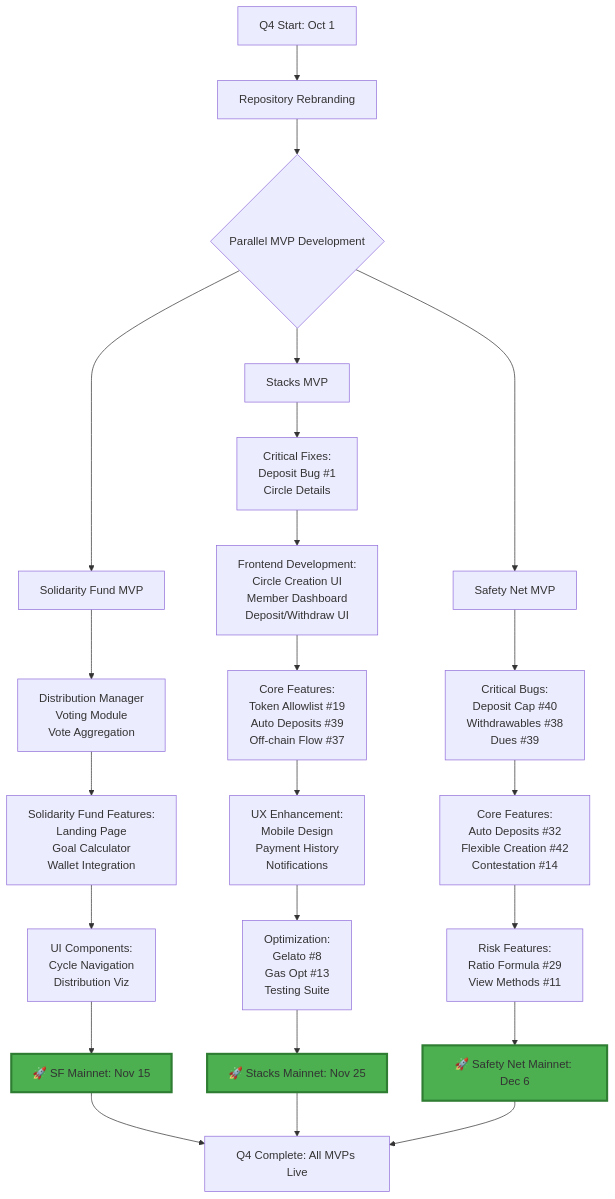
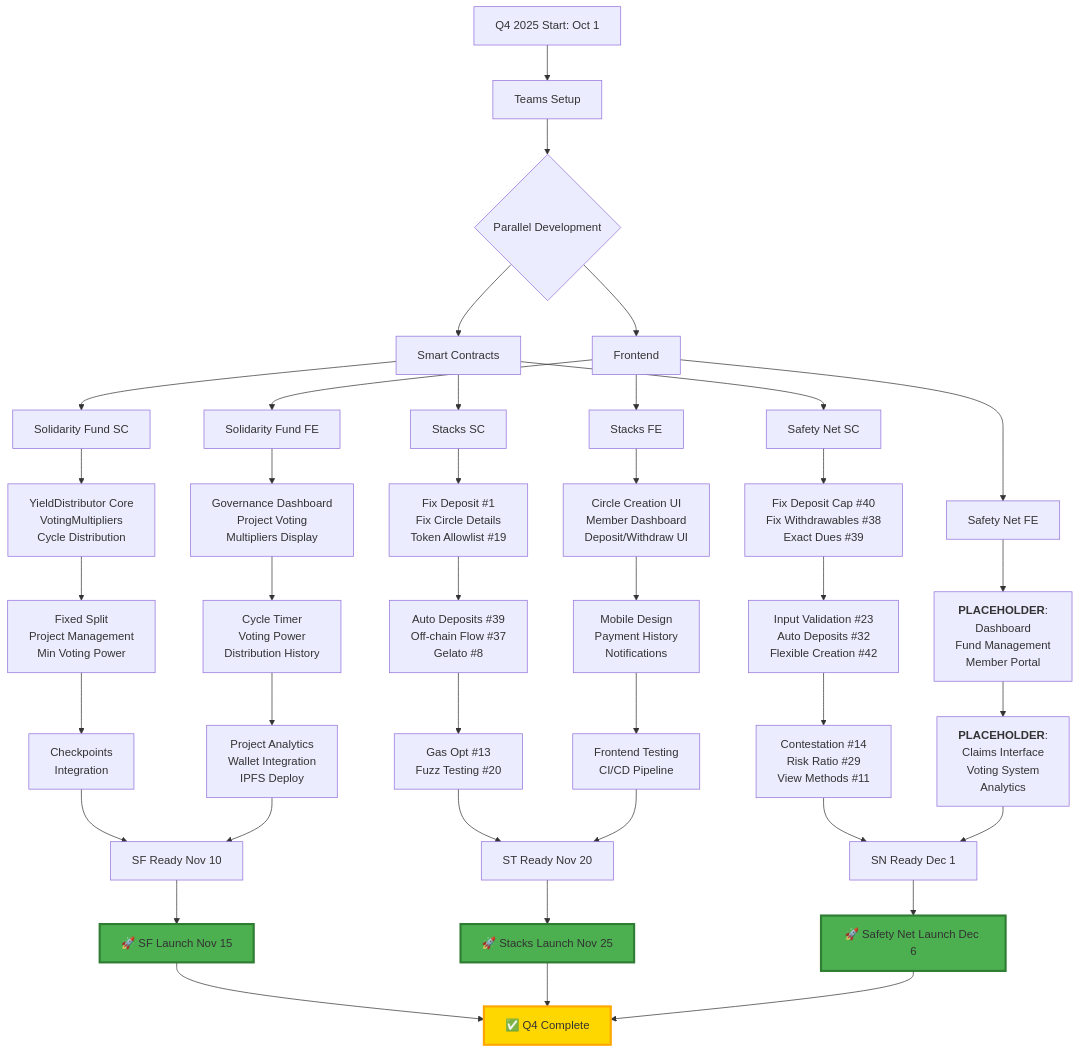
One commit to BreadchainCoop/shared-quartz changed the third of 3 diagrams in solidarity-primitives/q4-2025-solidarity-primitives-mvp-gitgraph.md. Above: the diagram before and after it, drawn with Mermaid. The commit also changed other lines of this file and 1 other file, not shown here.

Commit message:
Synchronize Gantt chart, gitgraph, and flowchart for Q4 development
- Enhanced Gantt chart with all 6 parallel tracks clearly labeled
- Added Frontend track (Track 3) with full timeline:
  * Package fixes, dependency updates (Oct 1-7)
  * Web3 integration (Oct 8-22)
  * State management, UI components (Oct 15-Nov 5)
  * Dashboard development (Nov 1-22)
  * Mobile optimization (Nov 22-Dec 6)
  * Final UI polish (Dec 6-20)
- Added comprehensive flowchart showing parallel track dependencies
- Color-coded tracks for visual clarity
- Ensured all three visualizations are synchronized
- Added task IDs to Gantt chart for better tracking

````diff
--- a/solidarity-primitives/q4-2025-solidarity-primitives-mvp-gitgraph.md
+++ b/solidarity-primitives/q4-2025-solidarity-primitives-mvp-gitgraph.md
@@ -160,34 +164,60 @@
 ```mermaid
 flowchart TD
-    A[Q4 Start: Oct 1] --> B[Repository Rebranding]
-    B --> C{Parallel MVP Development}
+    A[Q4 2025 Start: Oct 1] --> B[Teams Setup]
+    B --> C{Parallel Development}
 
-    C --> D[Solidarity Fund MVP]
-    C --> E[Stacks MVP]
-    C --> F[Safety Net MVP]
+    C --> SC[Smart Contracts]
+    C --> FE[Frontend]
 
-    D --> D1[Distribution Manager<br/>Voting Module<br/>Vote Aggregation]
-    D1 --> D2[Solidarity Fund Features:<br/>Landing Page<br/>Goal Calculator<br/>Wallet Integration]
-    D2 --> D3[UI Components:<br/>Cycle Navigation<br/>Distribution Viz]
-    D3 --> D4[🚀 SF Mainnet: Nov 15]
+    SC --> SF-SC[Solidarity Fund SC]
+    SC --> ST-SC[Stacks SC]
+    SC --> SN-SC[Safety Net SC]
 
-    E --> E1[Critical Fixes:<br/>Deposit Bug #1<br/>Circle Details]
-    E1 --> E2[Frontend Development:<br/>Circle Creation UI<br/>Member Dashboard<br/>Deposit/Withdraw UI]
-    E2 --> E3[Core Features:<br/>Token Allowlist #19<br/>Auto Deposits #39<br/>Off-chain Flow #37]
-    E3 --> E4[UX Enhancement:<br/>Mobile Design<br/>Payment History<br/>Notifications]
-    E4 --> E5[Optimization:<br/>Gelato #8<br/>Gas Opt #13<br/>Testing Suite]
-    E5 --> E6[🚀 Stacks Mainnet: Nov 25]
+    FE --> SF-FE[Solidarity Fund FE]
+    FE --> ST-FE[Stacks FE]
+    FE --> SN-FE[Safety Net FE]
 
-    F --> F1[Critical Bugs:<br/>Deposit Cap #40<br/>Withdrawables #38<br/>Dues #39]
-    F1 --> F2[Core Features:<br/>Auto Deposits #32<br/>Flexible Creation #42<br/>Contestation #14]
-    F2 --> F3[Risk Features:<br/>Ratio Formula #29<br/>View Methods #11]
-    F3 --> F4[🚀 Safety Net Mainnet: Dec 6]
+    SF-SC --> SFC1[YieldDistributor Core<br/>VotingMultipliers<br/>Cycle Distribution]
+    SFC1 --> SFC2[Fixed Split<br/>Project Management<br/>Min Voting Power]
+    SFC2 --> SFC3[Checkpoints<br/>Integration]
 
-    D4 --> H[Q4 Complete: All MVPs Live]
-    E6 --> H
-    F4 --> H
+    SF-FE --> SFF1[Governance Dashboard<br/>Project Voting<br/>Multipliers Display]
+    SFF1 --> SFF2[Cycle Timer<br/>Voting Power<br/>Distribution History]
+    SFF2 --> SFF3[Project Analytics<br/>Wallet Integration<br/>IPFS Deploy]
 
-    style D4 fill:#4CAF50,stroke:#2E7D32,stroke-width:3px
-    style E6 fill:#4CAF50,stroke:#2E7D32,stroke-width:3px
-    style F4 fill:#4CAF50,stroke:#2E7D32,stroke-width:3px
+    SFC3 --> SF-READY[SF Ready Nov 10]
+    SFF3 --> SF-READY
+    SF-READY --> SF-LAUNCH[🚀 SF Launch Nov 15]
+
+    ST-SC --> STC1[Fix Deposit #1<br/>Fix Circle Details<br/>Token Allowlist #19]
+    STC1 --> STC2[Auto Deposits #39<br/>Off-chain Flow #37<br/>Gelato #8]
+    STC2 --> STC3[Gas Opt #13<br/>Fuzz Testing #20]
+
+    ST-FE --> STF1[Circle Creation UI<br/>Member Dashboard<br/>Deposit/Withdraw UI]
+    STF1 --> STF2[Mobile Design<br/>Payment History<br/>Notifications]
+    STF2 --> STF3[Frontend Testing<br/>CI/CD Pipeline]
+
+    STC3 --> ST-READY[ST Ready Nov 20]
+    STF3 --> ST-READY
+    ST-READY --> ST-LAUNCH[🚀 Stacks Launch Nov 25]
+
+    SN-SC --> SNC1[Fix Deposit Cap #40<br/>Fix Withdrawables #38<br/>Exact Dues #39]
+    SNC1 --> SNC2[Input Validation #23<br/>Auto Deposits #32<br/>Flexible Creation #42]
+    SNC2 --> SNC3[Contestation #14<br/>Risk Ratio #29<br/>View Methods #11]
+
+    SN-FE --> SNF1[<b>PLACEHOLDER</b>:<br/>Dashboard<br/>Fund Management<br/>Member Portal]
+    SNF1 --> SNF2[<b>PLACEHOLDER</b>:<br/>Claims Interface<br/>Voting System<br/>Analytics]
+
+    SNC3 --> SN-READY[SN Ready Dec 1]
+    SNF2 --> SN-READY
+    SN-READY --> SN-LAUNCH[🚀 Safety Net Launch Dec 6]
+
+    SF-LAUNCH --> COMPLETE[✅ Q4 Complete]
+    ST-LAUNCH --> COMPLETE
+    SN-LAUNCH --> COMPLETE
+
+    style SF-LAUNCH fill:#4CAF50,stroke:#2E7D32,stroke-width:3px
+    style ST-LAUNCH fill:#4CAF50,stroke:#2E7D32,stroke-width:3px
+    style SN-LAUNCH fill:#4CAF50,stroke:#2E7D32,stroke-width:3px
+    style COMPLETE fill:#FFD700,stroke:#FFA500,stroke-width:3px
 ```
````
